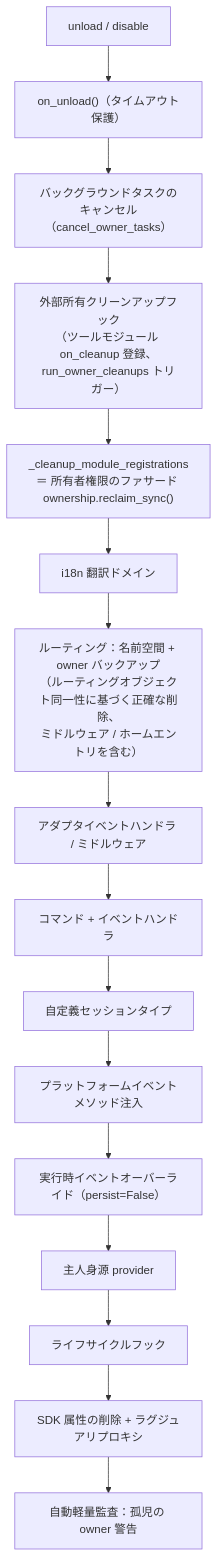
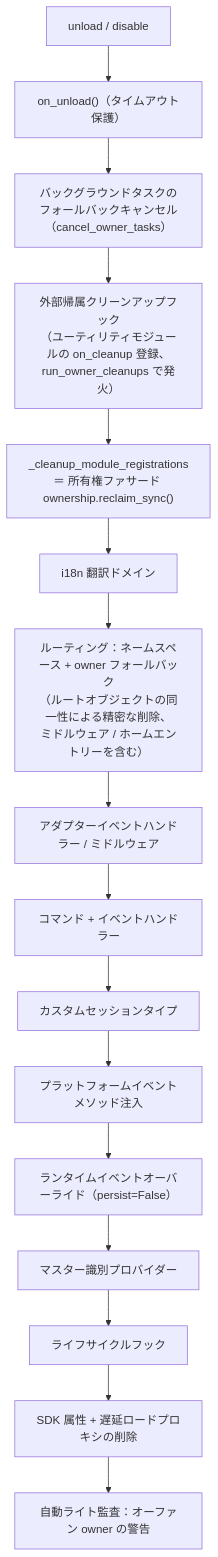
Before and after one commit to ErisPulse/ErisPulse: the diagram in docs/ja/advanced/ownership.md, drawn with Mermaid. The commit also changed other lines of this file and 828 other files, not shown here.

````diff
--- a/docs/ja/advanced/ownership.md
+++ b/docs/ja/advanced/ownership.md
@@ -82,18 +94,18 @@
 ```mermaid
 flowchart TD
     A["unload / disable"] --> B["on_unload()（タイムアウト保護）"]
-    B --> C["バックグラウンドタスクのキャンセル（cancel_owner_tasks）"]
-    C --> C1["外部所有クリーンアップフック<br/>（ツールモジュール on_cleanup 登録、run_owner_cleanups トリガー）"]
-    C1 --> D["_cleanup_module_registrations<br/>＝ 所有者権限のファサード ownership.reclaim_sync()"]
+    B --> C["バックグラウンドタスクのフォールバックキャンセル（cancel_owner_tasks）"]
+    C --> C1["外部帰属クリーンアップフック<br/>（ユーティリティモジュールの on_cleanup 登録、run_owner_cleanups で発火）"]
+    C1 --> D["_cleanup_module_registrations<br/>＝ 所有権ファサード ownership.reclaim_sync()"]
     D --> D1["i18n 翻訳ドメイン"]
-    D1 --> D2["ルーティング：名前空間 + owner バックアップ<br/>（ルーティングオブジェクト同一性に基づく正確な削除、<br/>ミドルウェア / ホームエントリを含む）"]
-    D2 --> D3["アダプタイベントハンドラ / ミドルウェア"]
-    D3 --> D4["コマンド + イベントハンドラ"]
-    D4 --> D5["自定義セッションタイプ"]
+    D1 --> D2["ルーティング：ネームスペース + owner フォールバック<br/>（ルートオブジェクトの同一性による精密な削除、<br/>ミドルウェア / ホームエントリーを含む）"]
+    D2 --> D3["アダプターイベントハンドラー / ミドルウェア"]
+    D3 --> D4["コマンド + イベントハンドラー"]
+    D4 --> D5["カスタムセッションタイプ"]
     D5 --> D5b["プラットフォームイベントメソッド注入"]
-    D5b --> D6["実行時イベントオーバーライド（persist=False）"]
-    D6 --> D7["主人身源 provider"]
+    D5b --> D6["ランタイムイベントオーバーライド（persist=False）"]
+    D6 --> D7["マスター識別プロバイダー"]
     D7 --> D8["ライフサイクルフック"]
-    D8 --> E["SDK 属性の削除 + ラグジュアリプロキシ"]
-    E --> F["自動軽量監査：孤児の owner 警告"]
+    D8 --> E["SDK 属性 + 遅延ロードプロキシの削除"]
+    E --> F["自動ライト監査：オーファン owner の警告"]
 ```
````
